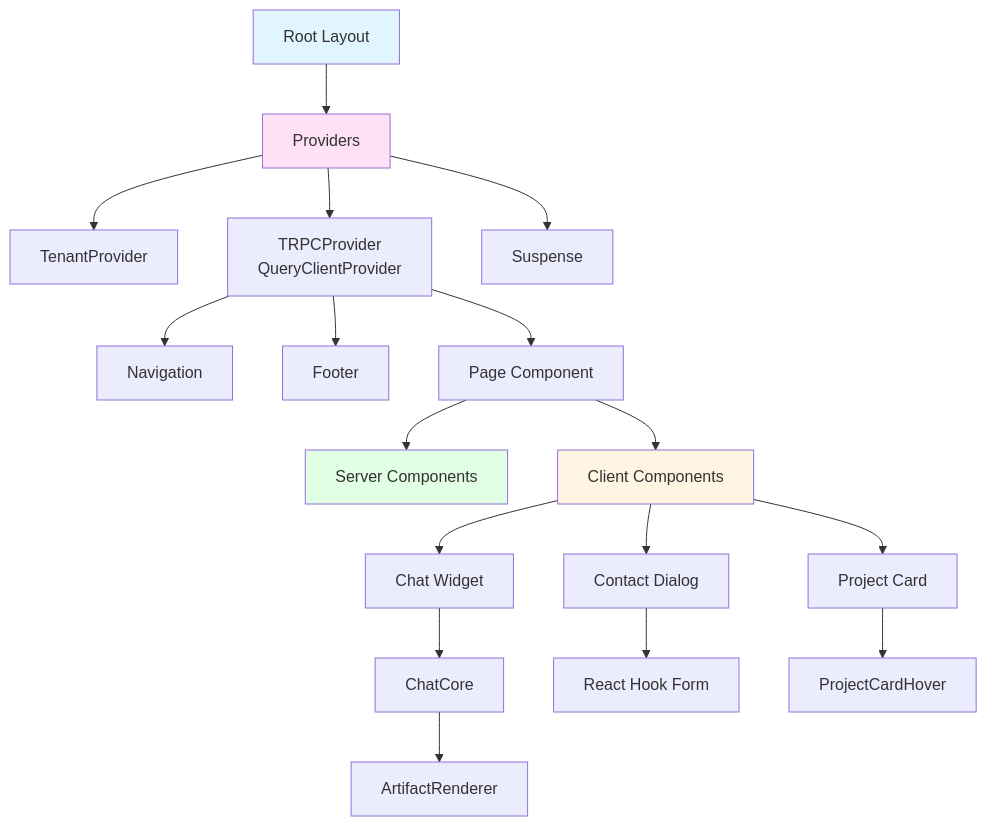
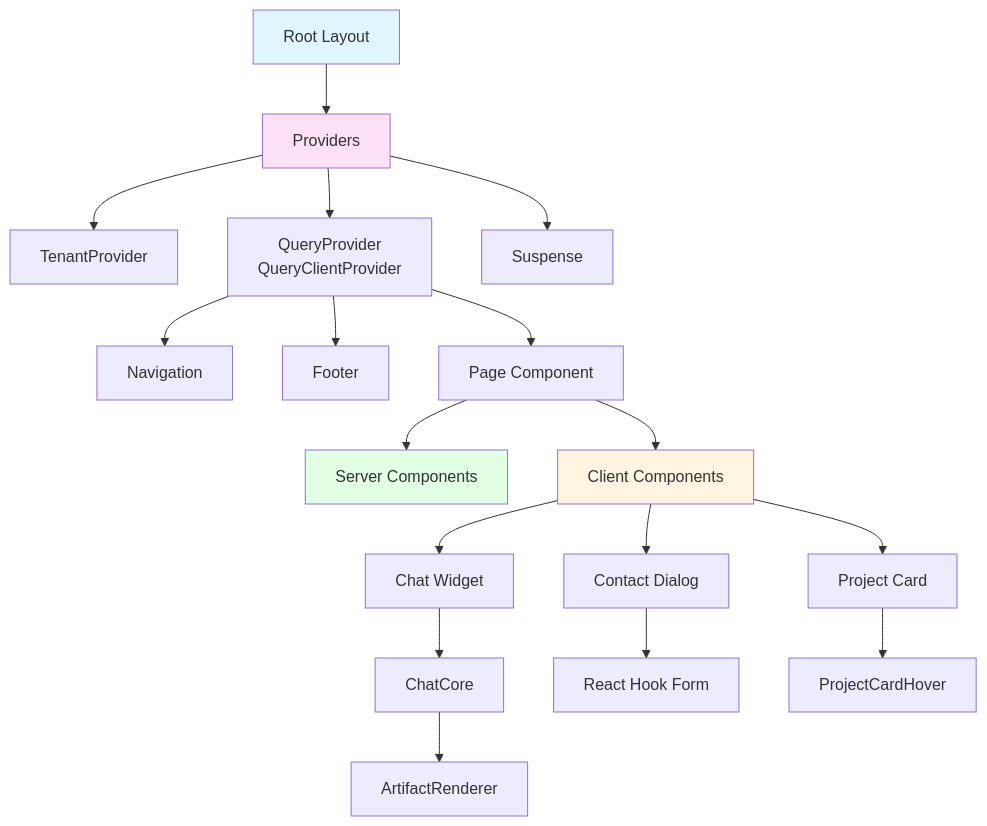
The sixth of 11 diagrams in web/docs/ARCHITECTURE.md (ossaidqadri/otherdev.web-02), drawn with Mermaid before and after one commit. The commit also changed other lines of this file and 13 other files, not shown here.

````diff
--- a/web/docs/ARCHITECTURE.md
+++ b/web/docs/ARCHITECTURE.md
@@ -391,28 +391,31 @@
 ```mermaid
 graph TD
     Root[Root Layout] --> Providers[Providers]
     Providers --> Tenant[TenantProvider]
-    Providers --> TRPC[TRPCProvider<br/>QueryClientProvider]
+    Providers --> Query[QueryProvider<br/>QueryClientProvider]
     Providers --> Suspense[Suspense]
 
-    TRPC --> Nav[Navigation]
-    TRPC --> Footer[Footer]
-    TRPC --> Page[Page Component]
+    %% ── Presentational layer ──────────────────────────────────
+    Query --> Nav[Navigation]
+    Query --> Footer[Footer]
+    Query --> Page[Page Component]
     Page --> ServerContent[Server Components]
     Page --> ClientContent[Client Components]
 
+    %% ── Feature components ───────────────────────────────────
     ClientContent --> ContactDialog[Contact Dialog]
     ClientContent --> ChatWidget[Chat Widget]
     ClientContent --> ProjectCard[Project Card]
 
+    %% ── Chat sub-tree ─────────────────────────────────────────
     ChatWidget --> ChatCore[ChatCore]
     ChatCore --> ArtifactRenderer[ArtifactRenderer]
 
     ContactDialog --> Form[React Hook Form]
     ProjectCard --> ProjectCardHover[ProjectCardHover]
 
     style Root fill:#e1f5ff
     style Providers fill:#ffe1f5
     style ClientContent fill:#fff4e1
     style ServerContent fill:#e1ffe4
 ```
````
